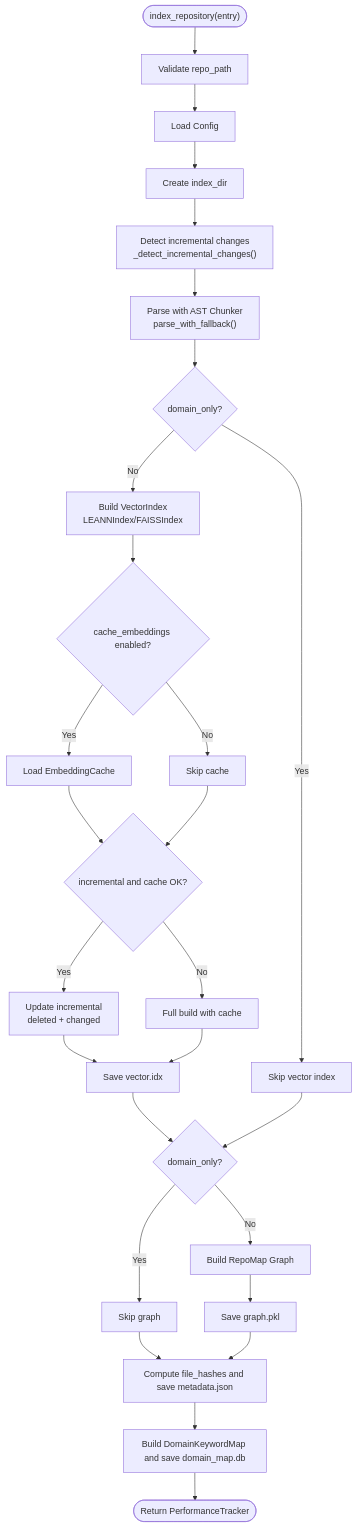
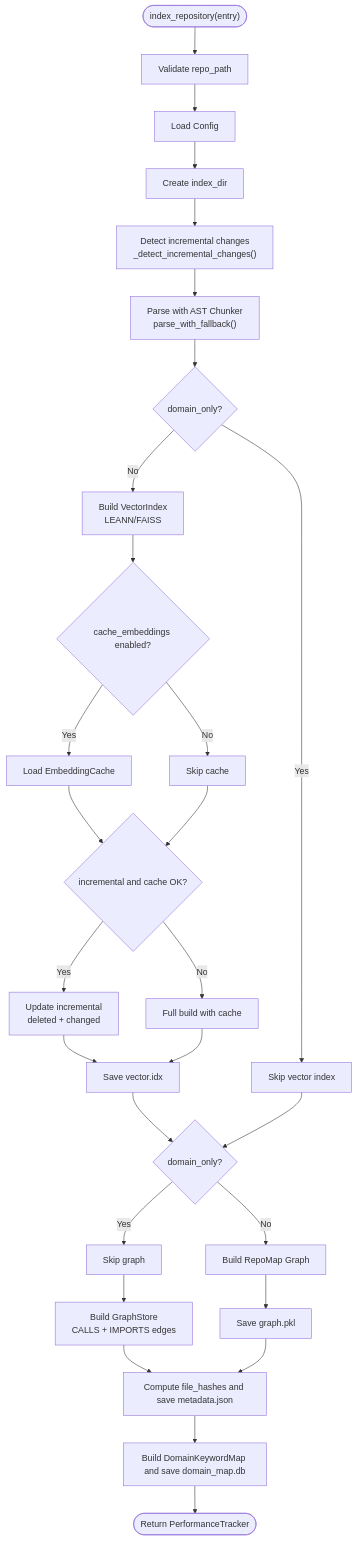
One commit to maemreyo/zmr-ctx-paker changed the third of 12 diagrams in .qoder/repowiki/en/content/Core Modules/Workflow Engine/Workflow Engine.md. Above: the diagram before and after it, drawn with Mermaid. The commit also changed other lines of this file and 25 other files, not shown here.

````diff
--- a/.qoder/repowiki/en/content/Core Modules/Workflow Engine/Workflow Engine.md
+++ b/.qoder/repowiki/en/content/Core Modules/Workflow Engine/Workflow Engine.md
@@ -170,29 +199,30 @@
 ```mermaid
 flowchart TD
 Start(["index_repository(entry)"]) --> Validate["Validate repo_path"]
 Validate --> LoadCfg["Load Config"]
 LoadCfg --> MkDir["Create index_dir"]
 MkDir --> DetectInc["Detect incremental changes<br/>_detect_incremental_changes()"]
 DetectInc --> Parse["Parse with AST Chunker<br/>parse_with_fallback()"]
 Parse --> VectorIdx{"domain_only?"}
 VectorIdx --> |Yes| SkipVec["Skip vector index"]
-VectorIdx --> |No| BuildVec["Build VectorIndex<br/>LEANNIndex/FAISSIndex"]
+VectorIdx --> |No| BuildVec["Build VectorIndex<br/>LEANN/FAISS"]
 BuildVec --> Cache{"cache_embeddings enabled?"}
 Cache --> |Yes| EmbedCache["Load EmbeddingCache"]
 Cache --> |No| NoCache["Skip cache"]
 EmbedCache --> IncMode{"incremental and cache OK?"}
 NoCache --> IncMode
 IncMode --> |Yes| IncUpdate["Update incremental<br/>deleted + changed"]
 IncMode --> |No| FullBuild["Full build with cache"]
 IncUpdate --> SaveVec["Save vector.idx"]
 FullBuild --> SaveVec
 SaveVec --> GraphIdx{"domain_only?"}
 SkipVec --> GraphIdx
 GraphIdx --> |Yes| SkipGraph["Skip graph"]
 GraphIdx --> |No| BuildGraph["Build RepoMap Graph"]
 BuildGraph --> SaveGraph["Save graph.pkl"]
-SkipGraph --> Meta["Compute file_hashes and save metadata.json"]
+SkipGraph --> GraphStore["Build GraphStore<br/>CALLS + IMPORTS edges"]
+GraphStore --> Meta["Compute file_hashes and save metadata.json"]
 SaveGraph --> Meta
 Meta --> DomainMap["Build DomainKeywordMap and save domain_map.db"]
 DomainMap --> Done(["Return PerformanceTracker"])
 ```
````
